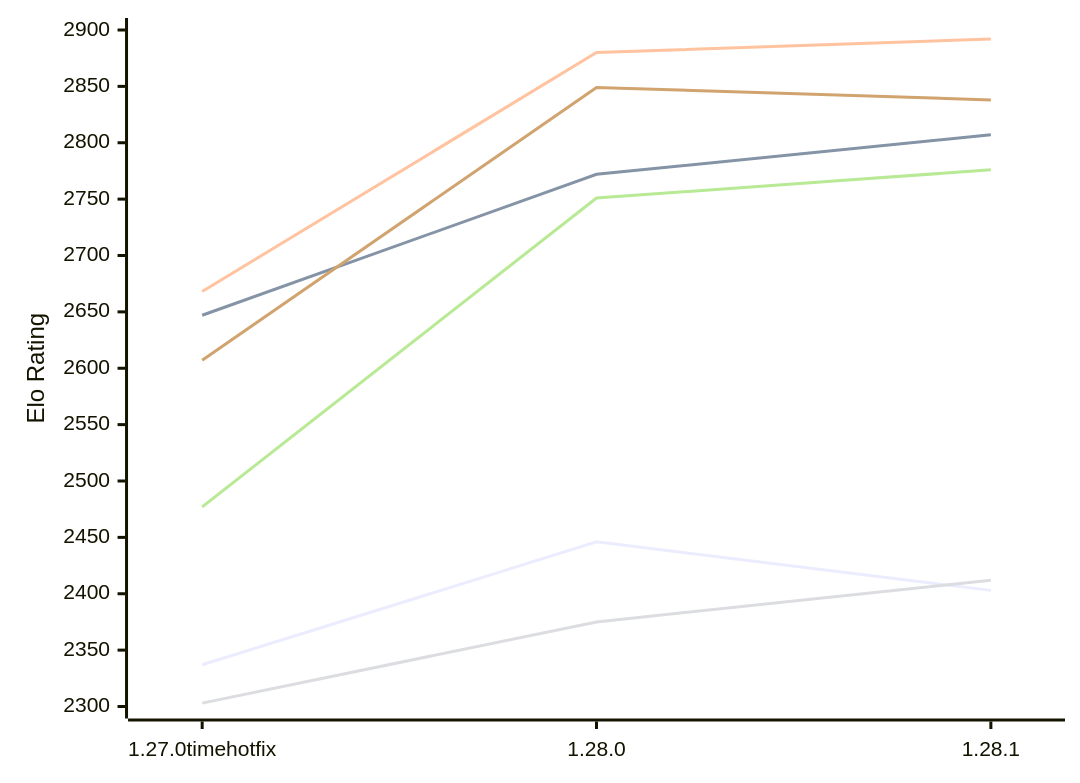
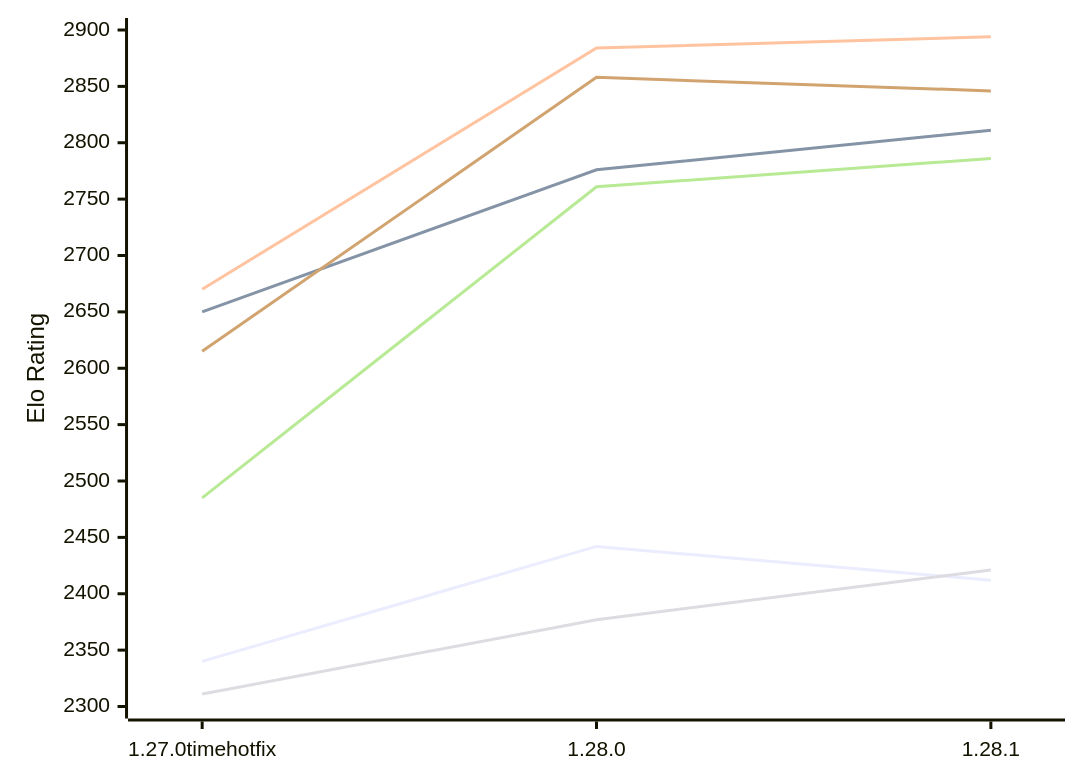
The first of 2 diagrams in engines/Aurora.md (computer-chess-index/cci), drawn with Mermaid before and after one commit. The commit also changed other lines of this file, not shown here.

Commit message:
Update CCI Ratings (ELO VLTC) - 2026-11-25

````diff
--- a/engines/Aurora.md
+++ b/engines/Aurora.md
@@ -52,12 +52,12 @@
 ```mermaid
 %%{init: {"theme":"base","themeVariables":{"seriesColors:['#a3a3a3','#222221','#faa371']}}}%%
 xychart-beta
   x-axis ["1.27.0timehotfix", "1.28.0", "1.28.1"]
   y-axis "Elo Rating" 2300 --> 2900
-  line "E1: STC (8.0+0.08s)" [2337, 2446, 2403]
-  line "E1: LTC (60.0+0.60s)" [2647, 2772, 2807]
-  line "E1: VLTC (2m24s+1.12s)" [2668, 2880, 2892]
-  line "P1: STC (8.0+0.08s)" [2303, 2375, 2412]
-  line "P1: LTC (60.0+0.60s)" [2477, 2751, 2776]
-  line "P1: VLTC (2m24s+1.12s)" [2607, 2849, 2838]
+  line "E1: STC (8.0+0.08s)" [2340, 2442, 2412]
+  line "E1: LTC (60.0+0.60s)" [2650, 2776, 2811]
+  line "E1: VLTC (2m24s+1.12s)" [2670, 2884, 2894]
+  line "P1: STC (8.0+0.08s)" [2311, 2377, 2421]
+  line "P1: LTC (60.0+0.60s)" [2485, 2761, 2786]
+  line "P1: VLTC (2m24s+1.12s)" [2615, 2858, 2846]
 ```
````
